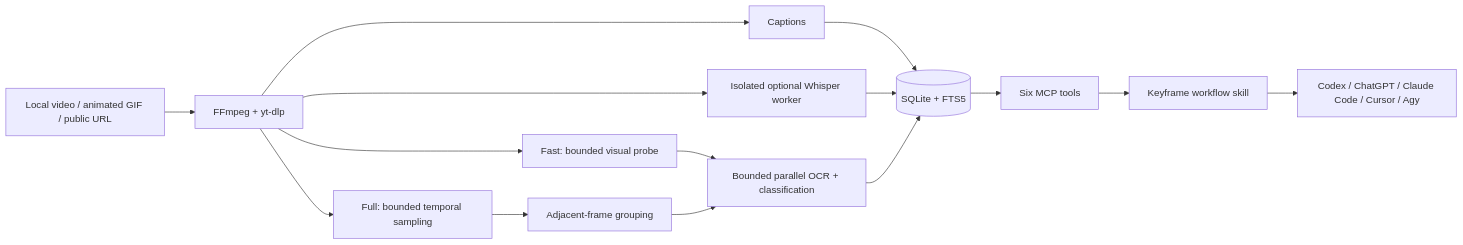
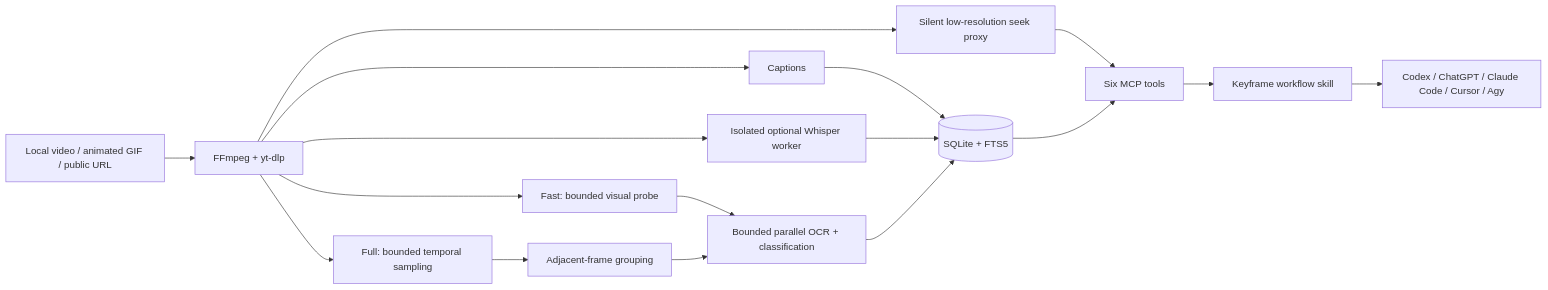
The diagram in README.md (MatthewOscar/Keyframe), drawn with Mermaid before and after one commit. The commit also changed other lines of this file and 32 other files, not shown here.

````diff
--- a/README.md
+++ b/README.md
@@ -268,17 +290,19 @@
 ```mermaid
 flowchart LR
     A[Local video / animated GIF / public URL] --> B[FFmpeg + yt-dlp]
     B --> C[Captions]
     B --> W[Isolated optional Whisper worker]
     B --> P[Fast: bounded visual probe]
+    B --> Q[Silent low-resolution seek proxy]
     B --> D[Full: bounded temporal sampling]
     D --> E[Adjacent-frame grouping]
     P --> F[Bounded parallel OCR + classification]
     E --> F[Bounded parallel OCR + classification]
     C --> G[(SQLite + FTS5)]
     W --> G
     F --> G
-    G --> H[Six MCP tools]
+    Q --> H[Six MCP tools]
+    G --> H
     H --> I[Keyframe workflow skill]
     I --> J[Codex / ChatGPT / Claude Code / Cursor / Agy]
 ```
````
